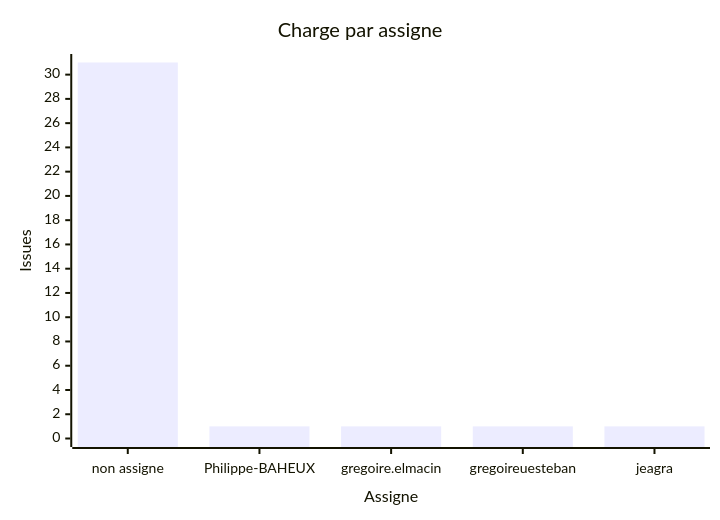
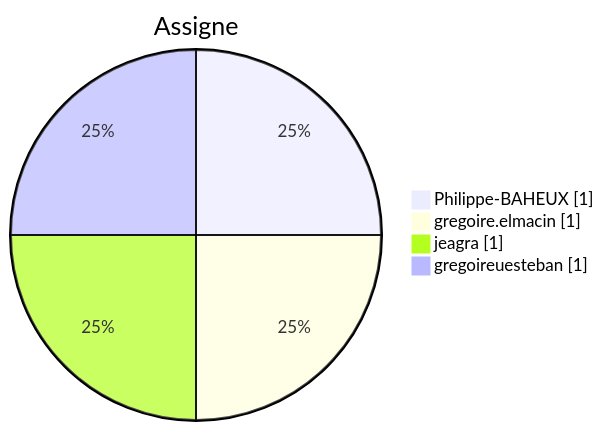
One commit to Gooseppr/GevOps_LC changed the third of 6 diagrams in modules/M40.projet-test.md. Above: the diagram before and after it, drawn with Mermaid. The commit also changed other lines of this file, not shown here.

````diff
--- a/modules/M40.projet-test.md
+++ b/modules/M40.projet-test.md
@@ -50,7 +51,8 @@
 ```mermaid
-xychart
-    title "Charge par assigne"
-    x-axis "Assigne" ["non assigne", "Philippe-BAHEUX", "gregoire.elmacin", "gregoireuesteban", "jeagra"]
-    y-axis "Issues" 0 --> 31
-    bar [31, 1, 1, 1, 1]
+pie showData
+    title Assigne
+    "Philippe-BAHEUX" : 1
+    "gregoire.elmacin" : 1
+    "jeagra" : 1
+    "gregoireuesteban" : 1
 ```
````
